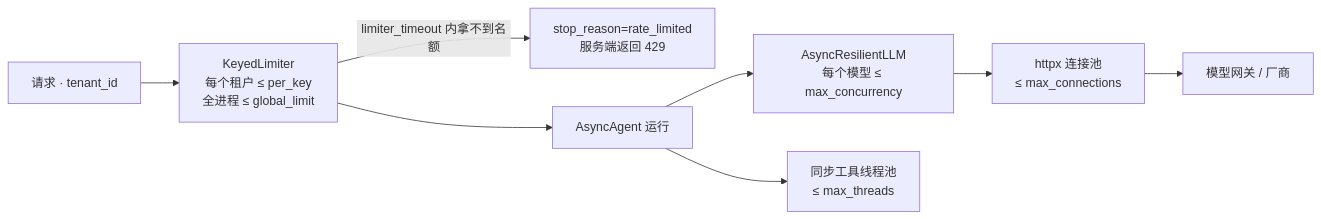
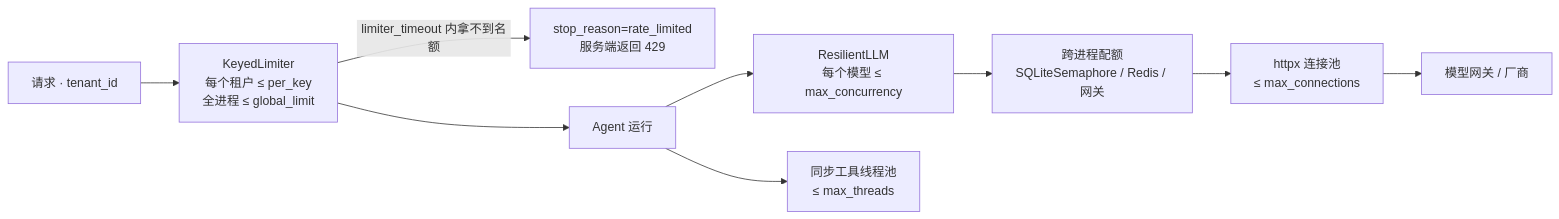
The third of 3 diagrams in lessons/30_async_runtime/README.md (heaven999b/hello-agent-system), drawn with Mermaid before and after one commit. The commit also changed other lines of this file and 9 other files, not shown here.

Commit message:
lessons 29-30: async gateway and guardrails; lesson 30 repositioned as the production async runtime with real uvicorn subprocess, real SQLite/Postgres checkpoints and re-measured throughput

````diff
--- a/lessons/30_async_runtime/README.md
+++ b/lessons/30_async_runtime/README.md
@@ -266,10 +267,11 @@
 ```mermaid
 flowchart LR
     R["请求 · tenant_id"] --> K["KeyedLimiter<br/>每个租户 ≤ per_key<br/>全进程 ≤ global_limit"]
     K -->|"limiter_timeout 内拿不到名额"| X["stop_reason=rate_limited<br/>服务端返回 429"]
-    K --> A["AsyncAgent 运行"]
-    A --> M["AsyncResilientLLM<br/>每个模型 ≤ max_concurrency"]
-    M --> H["httpx 连接池<br/>≤ max_connections"]
+    K --> A["Agent 运行"]
+    A --> M["ResilientLLM<br/>每个模型 ≤ max_concurrency"]
+    M --> Q["跨进程配额<br/>SQLiteSemaphore / Redis / 网关"]
+    Q --> H["httpx 连接池<br/>≤ max_connections"]
     H --> G["模型网关 / 厂商"]
     A --> T["同步工具线程池<br/>≤ max_threads"]
 ```
````
